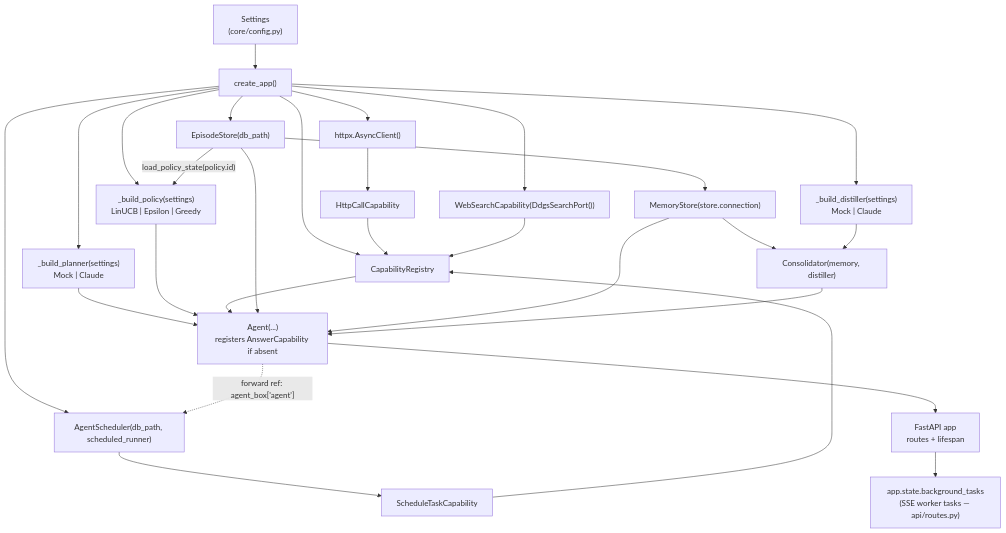
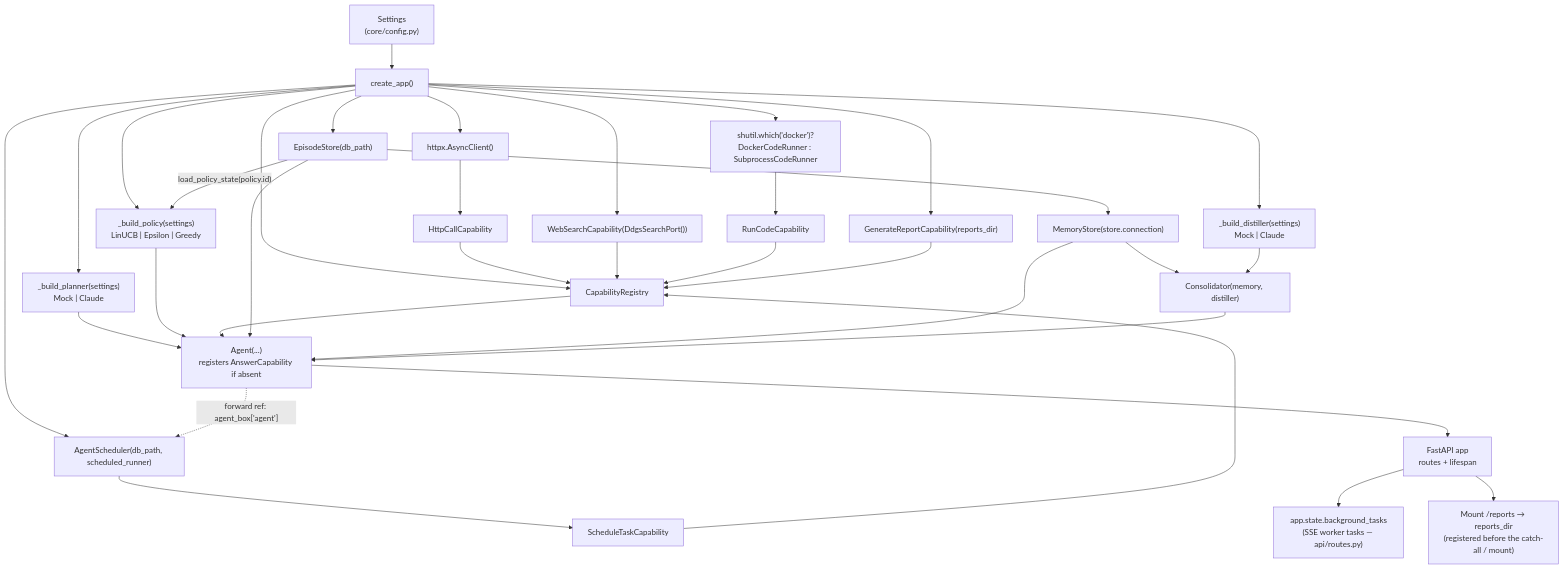
One commit to nadermedhet148/agentic-rl changed the fifth of 6 diagrams in docs/ARCHITECTURE.md. Above: the diagram before and after it, drawn with Mermaid. The commit also changed other lines of this file and 18 other files, not shown here.

````diff
--- a/docs/ARCHITECTURE.md
+++ b/docs/ARCHITECTURE.md
@@ -298,27 +309,31 @@
 ```mermaid
 graph TB
     Settings["Settings<br/>(core/config.py)"] --> create_app["create_app()"]
     create_app --> httpClient["httpx.AsyncClient()"]
     create_app --> store["EpisodeStore(db_path)"]
     store --> memory["MemoryStore(store.connection)"]
     create_app --> registry["CapabilityRegistry"]
     httpClient --> HttpCap2["HttpCallCapability"] --> registry
     create_app --> agentScheduler["AgentScheduler(db_path, scheduled_runner)"]
     agentScheduler --> SchedCap2["ScheduleTaskCapability"] --> registry
     create_app --> SearchCap2["WebSearchCapability(DdgsSearchPort())"] --> registry
+    create_app --> codeRunner["shutil.which('docker')?<br/>DockerCodeRunner : SubprocessCodeRunner"]
+    codeRunner --> RunCodeCap2["RunCodeCapability"] --> registry
+    create_app --> ReportCap2["GenerateReportCapability(reports_dir)"] --> registry
     create_app --> planner2["_build_planner(settings)<br/>Mock | Claude"]
     create_app --> policy2["_build_policy(settings)<br/>LinUCB | Epsilon | Greedy"]
     store -->|"load_policy_state(policy.id)"| policy2
     create_app --> distiller2["_build_distiller(settings)<br/>Mock | Claude"]
     memory --> consolidator["Consolidator(memory, distiller)"]
     distiller2 --> consolidator
     planner2 --> agent2["Agent(...)<br/>registers AnswerCapability if absent"]
     policy2 --> agent2
     registry --> agent2
     store --> agent2
     memory --> agent2
     consolidator --> agent2
     agent2 -.->|"forward ref: agent_box['agent']"| agentScheduler
     agent2 --> FastAPI["FastAPI app<br/>routes + lifespan"]
     FastAPI --> bgTasks["app.state.background_tasks<br/>(SSE worker tasks — api/routes.py)"]
+    FastAPI --> reportsMount["Mount /reports → reports_dir<br/>(registered before the catch-all / mount)"]
 ```
````
